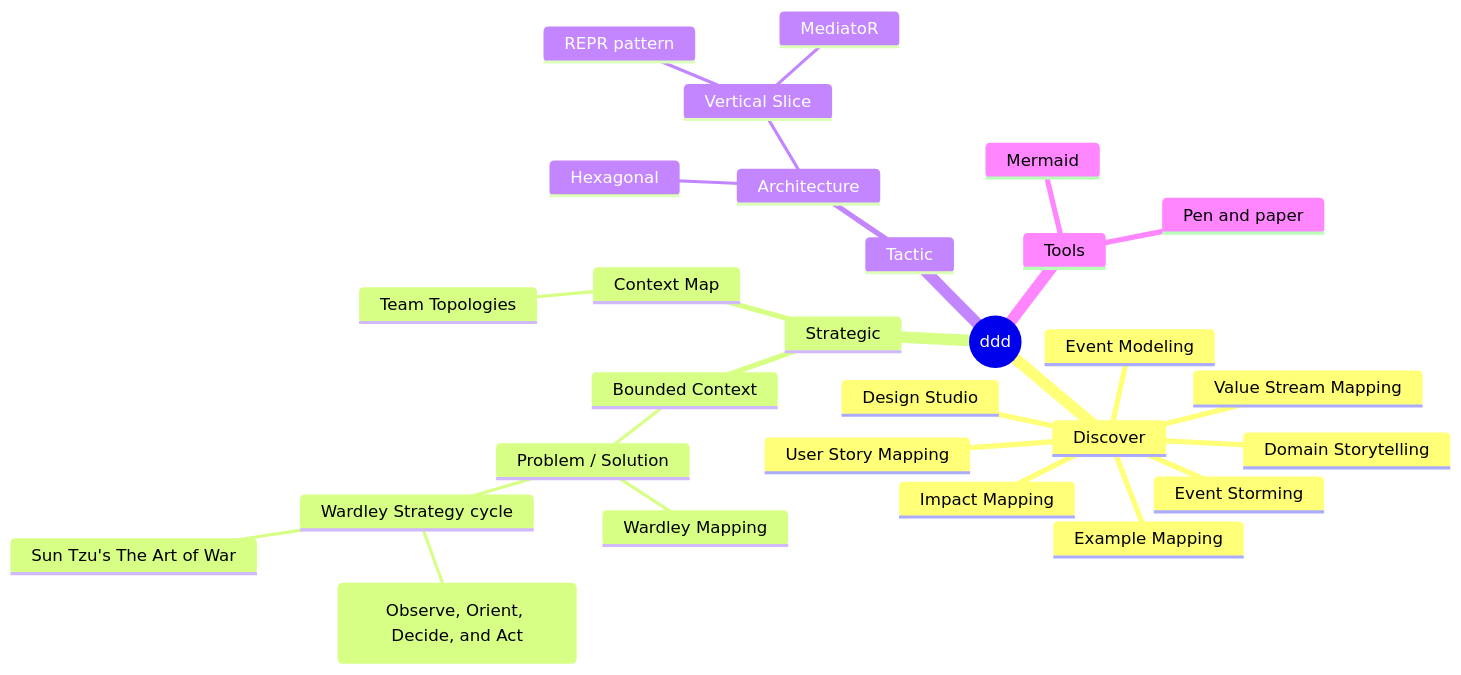
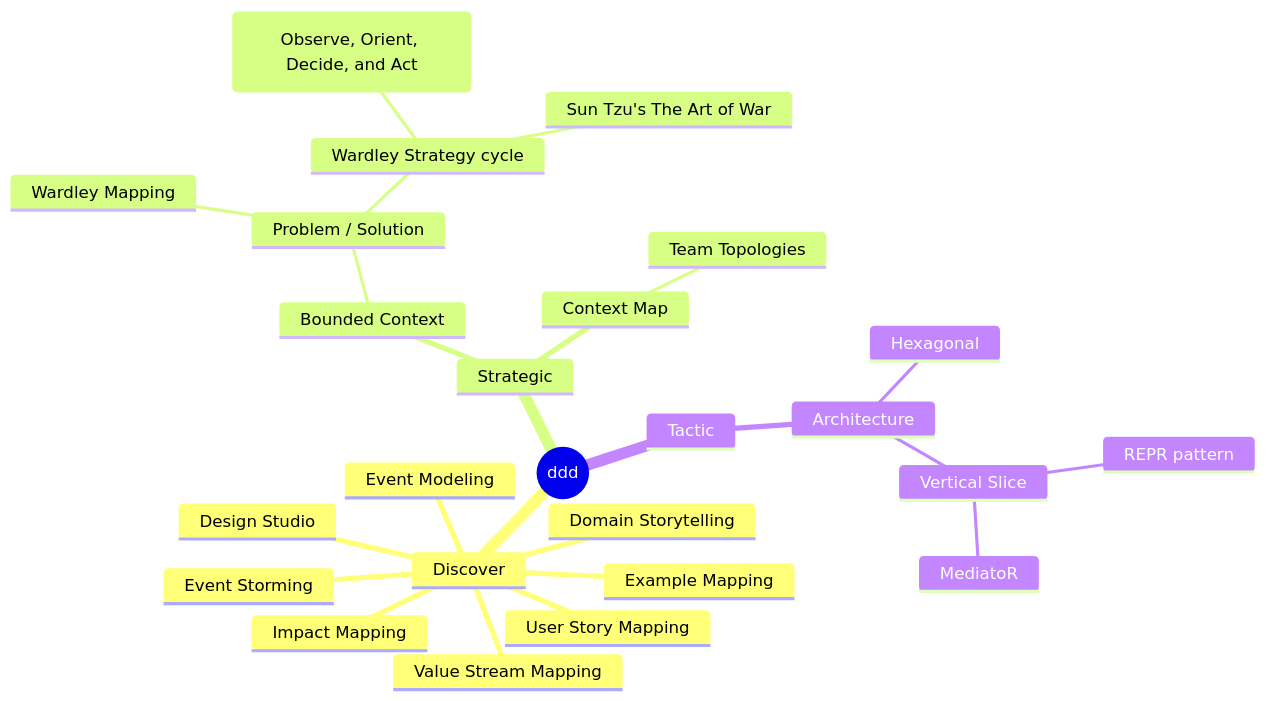
The diagram in minmap.md (tanguybernard/my-awsome-ddd), drawn with Mermaid before and after one commit.

````diff
--- a/minmap.md
+++ b/minmap.md
@@ -1,34 +1,30 @@
 ```mermaid
 mindmap
   root((ddd))
     Discover
       Event Storming
       Example Mapping
       Value Stream Mapping
       User Story Mapping
       Design Studio
       Impact Mapping
       Domain Storytelling
       Event Modeling
     Strategic
       Bounded Context
         Problem / Solution
           Wardley Mapping
           Wardley Strategy cycle
             John Boyd's OODA loop (Observe, Orient, Decide, and Act)
             Sun Tzu's The Art of War
       
       Context Map
         Team Topologies
     Tactic
       Architecture
         Hexagonal
         Vertical Slice
           MediatoR
           REPR pattern
-        
-    Tools
-      Pen and paper
-      Mermaid
  
 ```
````
